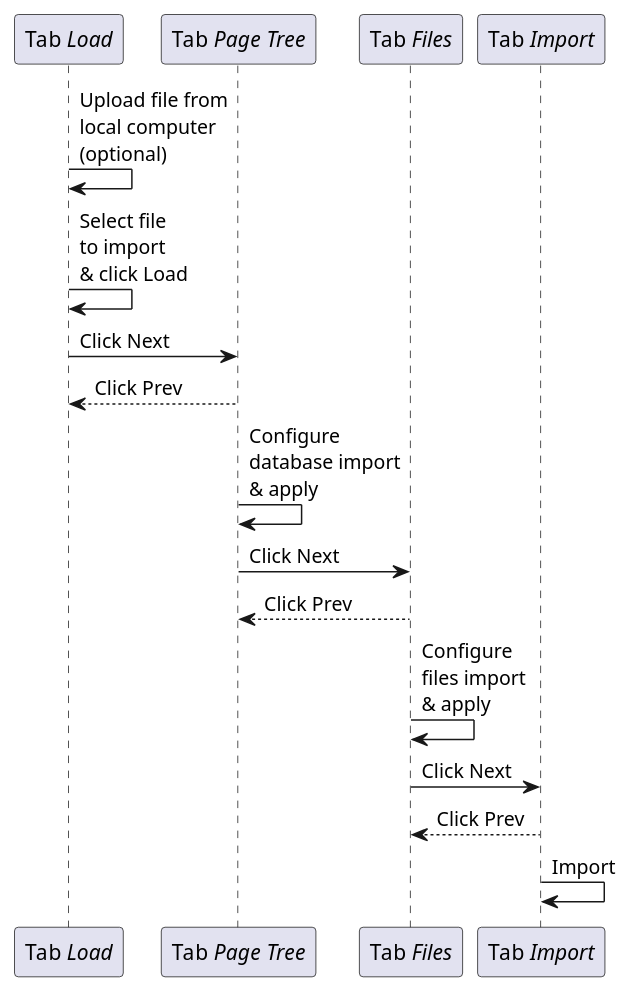
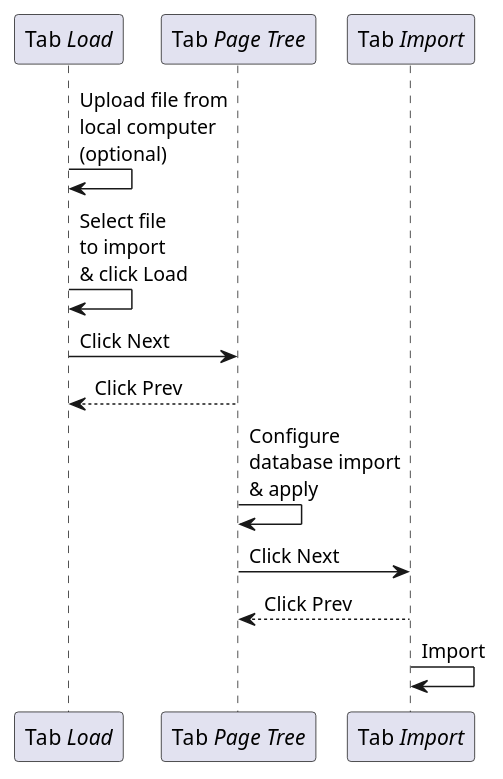
One commit to alexander-nitsche/TYPO3.CMS changed the second of 2 diagrams in typo3/sysext/impexp/Documentation/Introduction/Index.rst. Above: the diagram before and after it, drawn with PlantUML.

Commit message:
[DOCS] Remove tab "Files" from import module

```diff
--- a/typo3/sysext/impexp/Documentation/Introduction/Index.rst
+++ b/typo3/sysext/impexp/Documentation/Introduction/Index.rst
@@ -45,16 +45,12 @@
 .. uml::
 
    "Tab <i>Load</i>" as tabLoad -> tabLoad: Upload file from\nlocal computer\n(optional)
    tabLoad -> tabLoad: Select file\nto import\n& click Load
    tabLoad -> "Tab <i>Page Tree</i>" as tabPageTree: Click Next
    tabPageTree --> tabLoad: Click Prev
 
    tabPageTree -> tabPageTree: Configure\ndatabase import\n& apply
-   tabPageTree -> "Tab <i>Files</i>" as tabFiles: Click Next
-   tabFiles --> tabPageTree: Click Prev
-
-   tabFiles -> tabFiles: Configure\nfiles import\n& apply
-   tabFiles -> "Tab <i>Import</i>" as tabImport: Click Next
-   tabImport --> tabFiles: Click Prev
+   tabPageTree -> "Tab <i>Import</i>" as tabImport: Click Next
+   tabImport --> tabPageTree: Click Prev
 
    tabImport -> tabImport: Import
```
